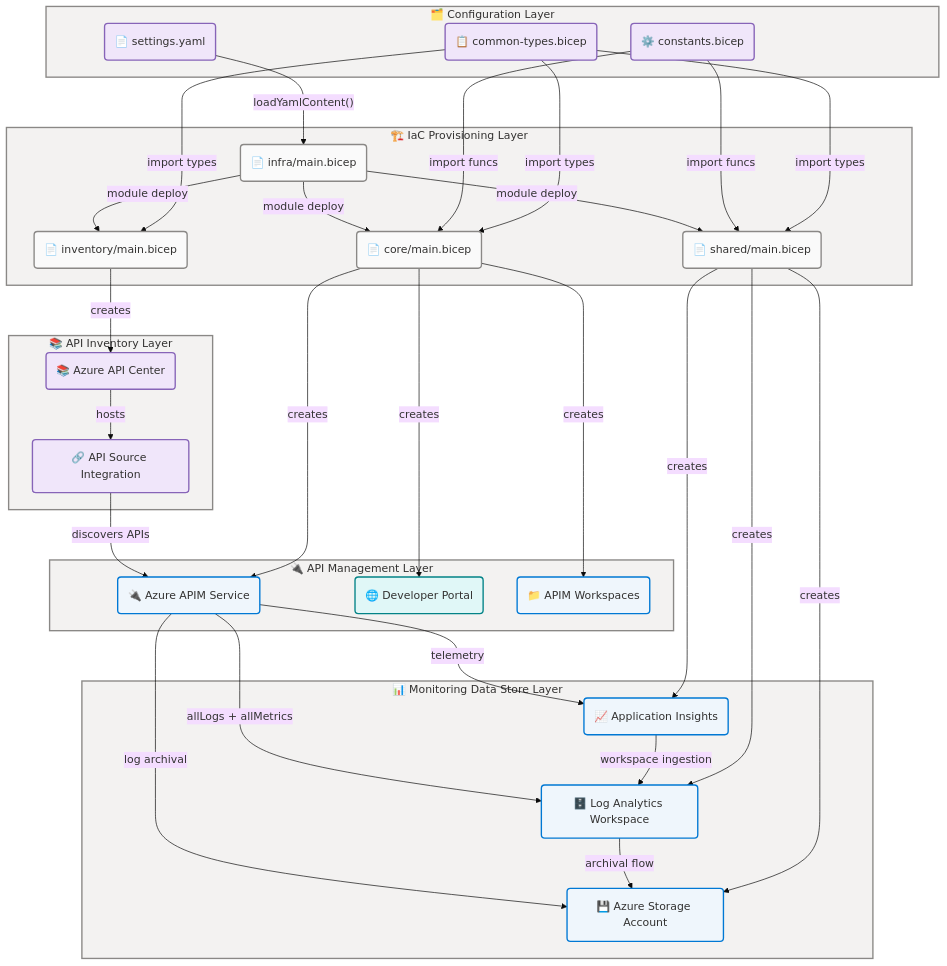
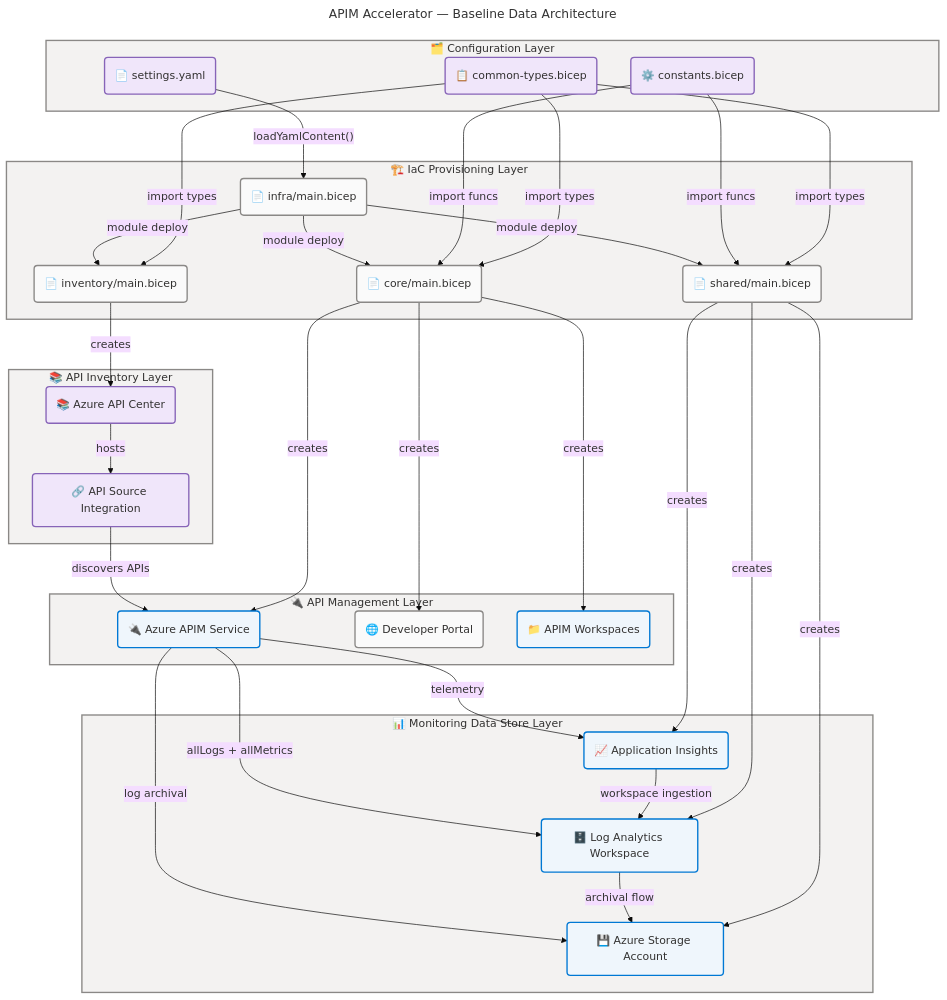
Before and after one commit to Evilazaro/APIM-Accelerator: the second of 4 diagrams in docs/architecture/data-architecture.md, drawn with Mermaid. The commit also changed other lines of this file, not shown here.

Commit message:
style: update Mermaid diagram configurations and enhance documentation clarity

````diff
--- a/docs/architecture/data-architecture.md
+++ b/docs/architecture/data-architecture.md
@@ -392,11 +394,14 @@
 ```mermaid
 ---
+title: "APIM Accelerator — Baseline Data Architecture"
 config:
   theme: base
   look: classic
   layout: dagre
   themeVariables:
-    fontSize: "16px"
+    fontSize: '16px'
+  flowchart:
+    htmlLabels: true
 ---
 flowchart TB
     accTitle: APIM Accelerator Baseline Data Architecture
@@ -470,7 +475,7 @@
     classDef core fill:#EFF6FC,stroke:#0078D4,stroke-width:2px,color:#323130
     classDef data fill:#F0E6FA,stroke:#8764B8,stroke-width:2px,color:#323130
     classDef neutral fill:#FAFAFA,stroke:#8A8886,stroke-width:2px,color:#323130
-    classDef external fill:#E0F7F7,stroke:#038387,stroke-width:2px,color:#323130
+    classDef external fill:#FAFAFA,stroke:#8A8886,stroke-width:2px,color:#323130
 
     style cfglayer fill:#F3F2F1,stroke:#8A8886,stroke-width:2px,color:#323130
     style iaclayer fill:#F3F2F1,stroke:#8A8886,stroke-width:2px,color:#323130
````
